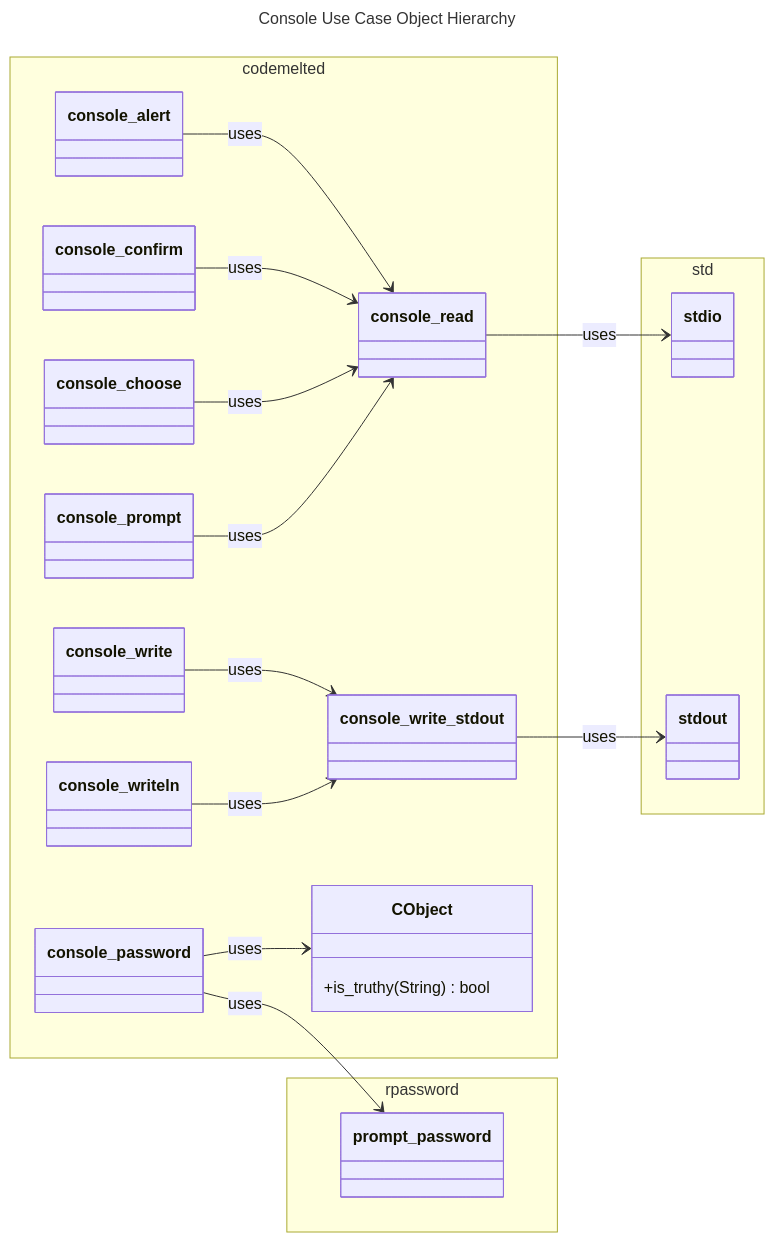
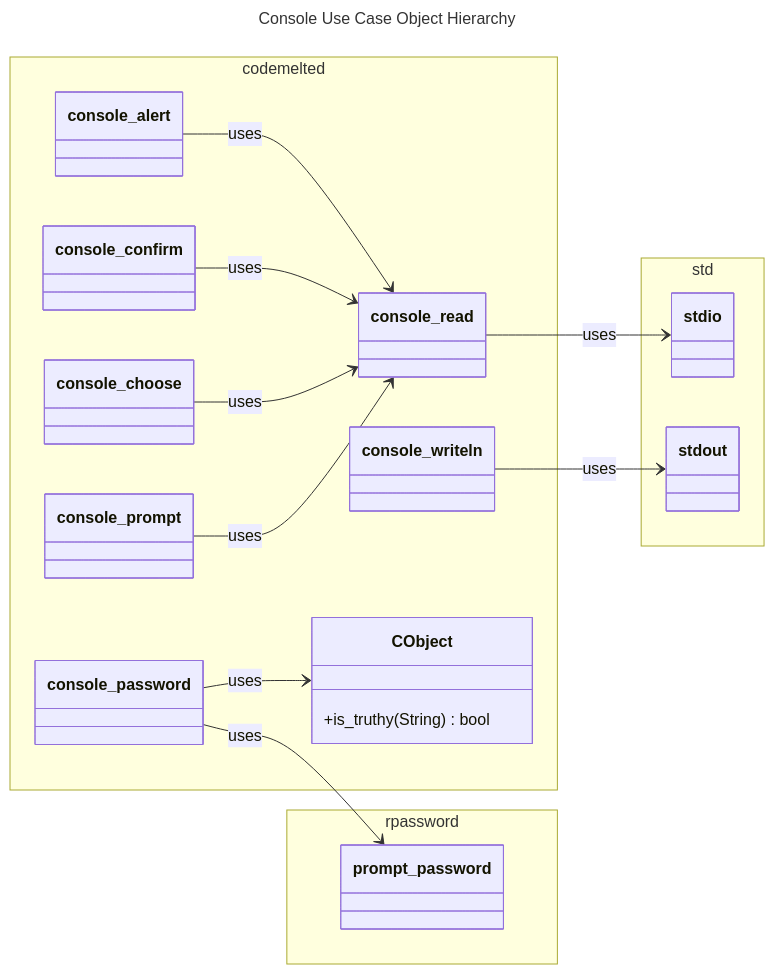
Before and after one commit to CodeMelted/codemelted.rs: the diagram in models/codemelted_console.mmd, drawn with Mermaid. The commit also changed 21 other files, not shown here.

```diff
--- a/models/codemelted_console.mmd
+++ b/models/codemelted_console.mmd
@@ -1,36 +1,32 @@
 ---
 title: Console Use Case Object Hierarchy
 ---
 classDiagram
   direction LR
   namespace codemelted {
     class console_read
-    class console_write_stdout
     class console_alert
     class console_confirm
     class console_choose
     class console_password
     class console_prompt
-    class console_write
     class console_writeln
     class CObject {
       +is_truthy(String) bool
     }
   }
   namespace rpassword {
     class prompt_password
   }
   namespace std {
     class stdio
     class stdout
   }
   console_read --> stdio: uses
-  console_write_stdout --> stdout: uses
   console_alert --> console_read: uses
   console_confirm --> console_read: uses
   console_choose --> console_read: uses
   console_password --> prompt_password: uses
   console_password --> CObject: uses
   console_prompt --> console_read: uses
-  console_write --> console_write_stdout: uses
-  console_writeln --> console_write_stdout: uses
+  console_writeln --> stdout: uses
```
